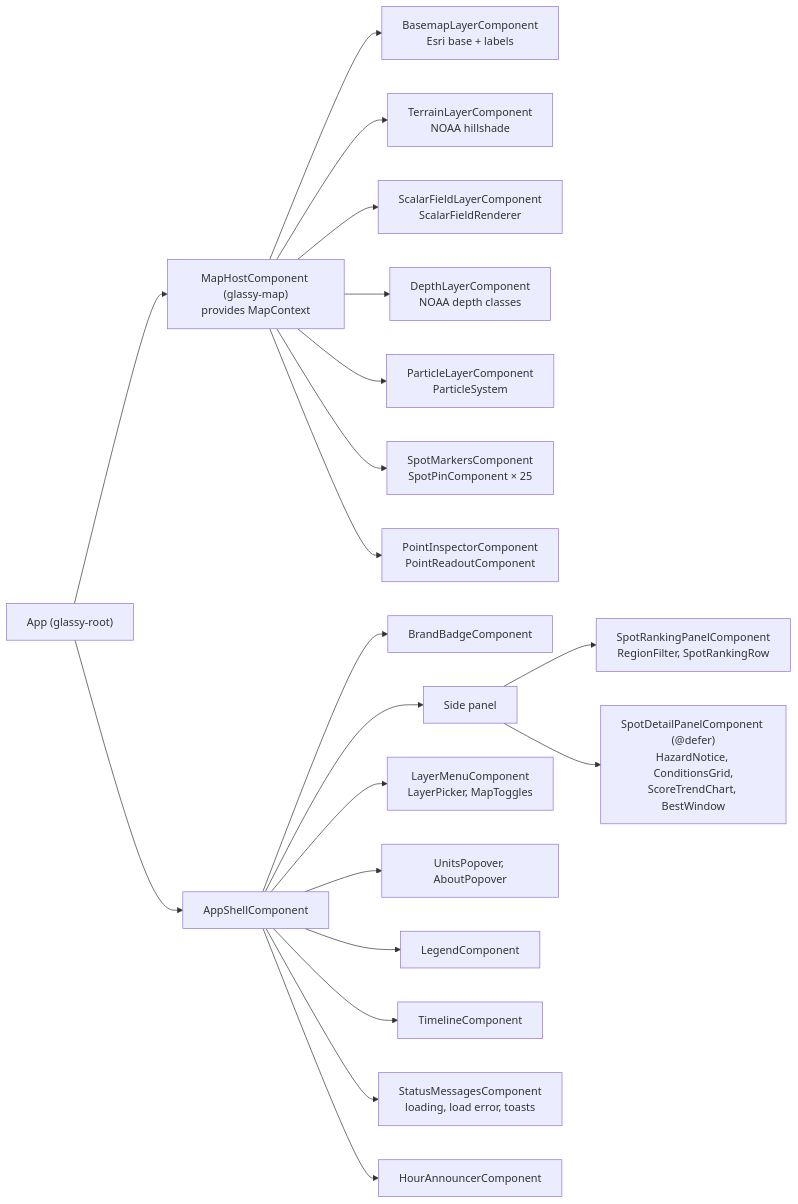
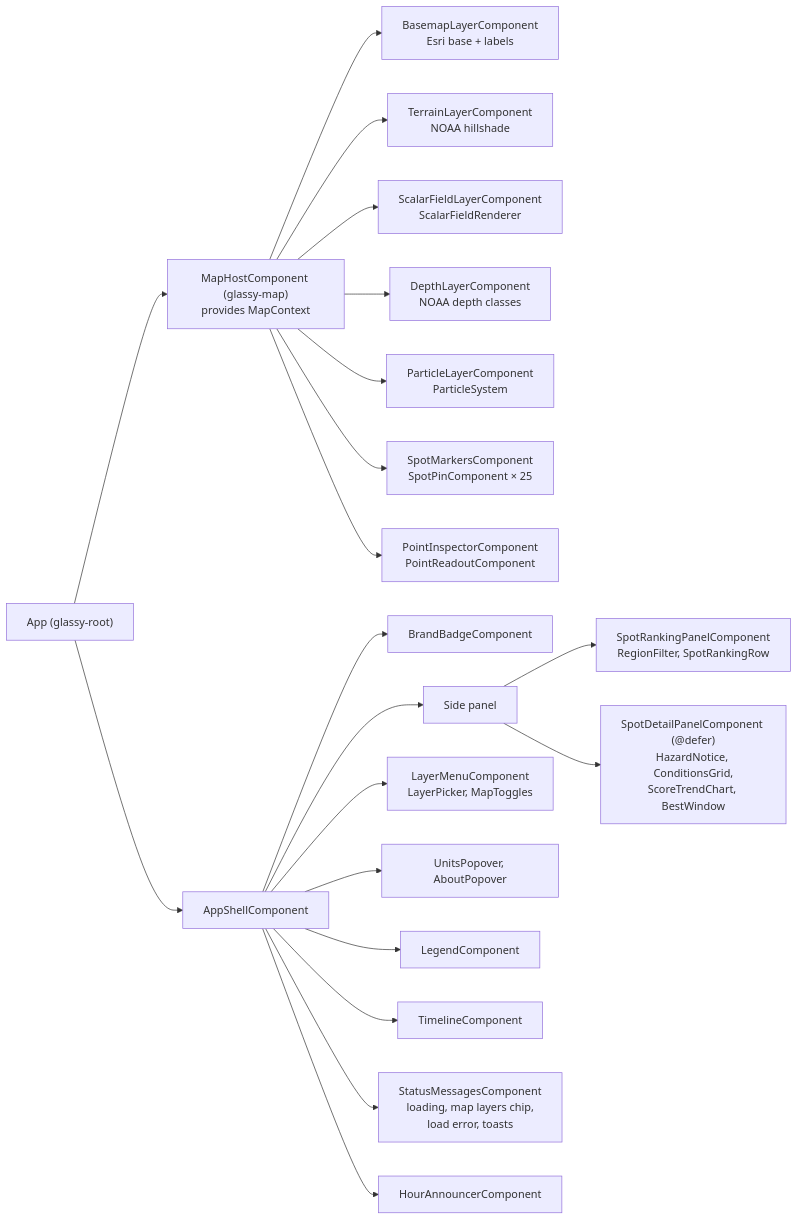
One commit to jamesablue/glassy changed the fourth of 7 diagrams in docs/architecture.md. Above: the diagram before and after it, drawn with Mermaid. The commit also changed other lines of this file and 4 other files, not shown here.

````diff
--- a/docs/architecture.md
+++ b/docs/architecture.md
@@ -147,25 +148,25 @@
 ```mermaid
 flowchart LR
   app["App (glassy-root)"]
   app --> shell["AppShellComponent"]
   app --> host["MapHostComponent (glassy-map)<br/>provides MapContext"]
 
   host --> basemap["BasemapLayerComponent<br/>Esri base + labels"]
   host --> terrain["TerrainLayerComponent<br/>NOAA hillshade"]
   host --> field["ScalarFieldLayerComponent<br/>ScalarFieldRenderer"]
   host --> depth["DepthLayerComponent<br/>NOAA depth classes"]
   host --> particles["ParticleLayerComponent<br/>ParticleSystem"]
   host --> markers["SpotMarkersComponent<br/>SpotPinComponent × 25"]
   host --> inspector["PointInspectorComponent<br/>PointReadoutComponent"]
 
   shell --> brand["BrandBadgeComponent"]
   shell --> panel["Side panel"]
   panel --> ranking["SpotRankingPanelComponent<br/>RegionFilter, SpotRankingRow"]
   panel --> detail["SpotDetailPanelComponent (@defer)<br/>HazardNotice, ConditionsGrid,<br/>ScoreTrendChart, BestWindow"]
   shell --> menu["LayerMenuComponent<br/>LayerPicker, MapToggles"]
   shell --> popovers["UnitsPopover, AboutPopover"]
   shell --> legend["LegendComponent"]
   shell --> timelineui["TimelineComponent"]
-  shell --> status["StatusMessagesComponent<br/>loading, load error, toasts"]
+  shell --> status["StatusMessagesComponent<br/>loading, map layers chip,<br/>load error, toasts"]
   shell --> announcer["HourAnnouncerComponent"]
 ```
````
